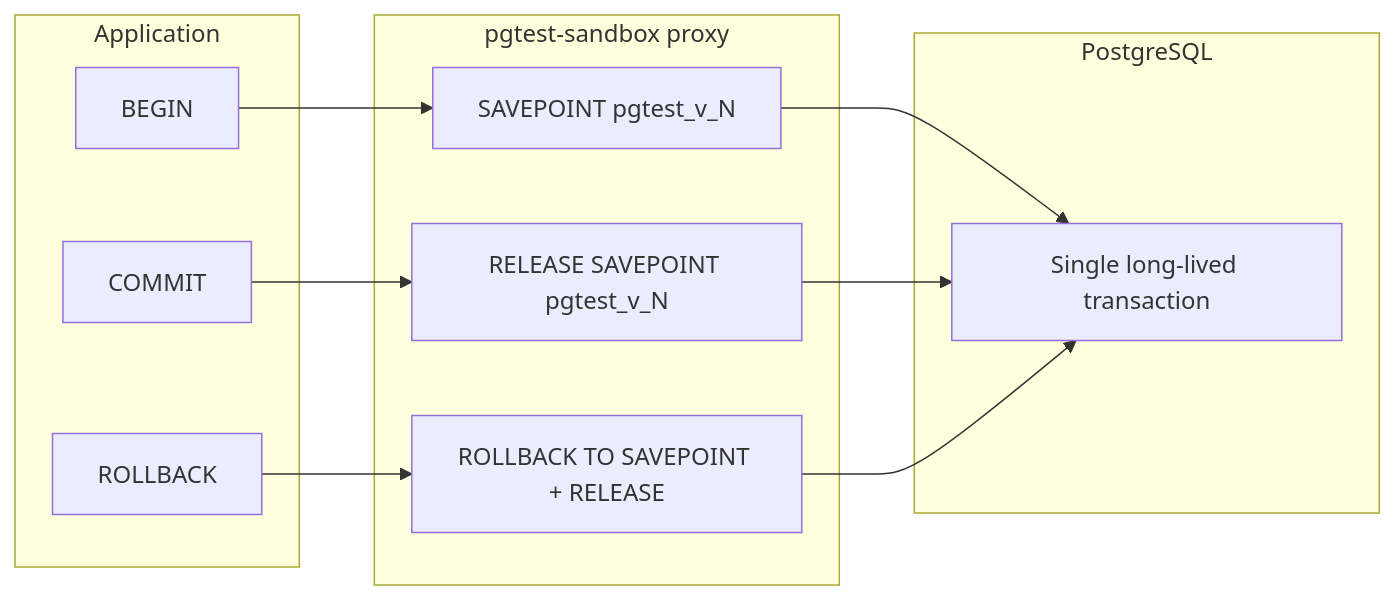
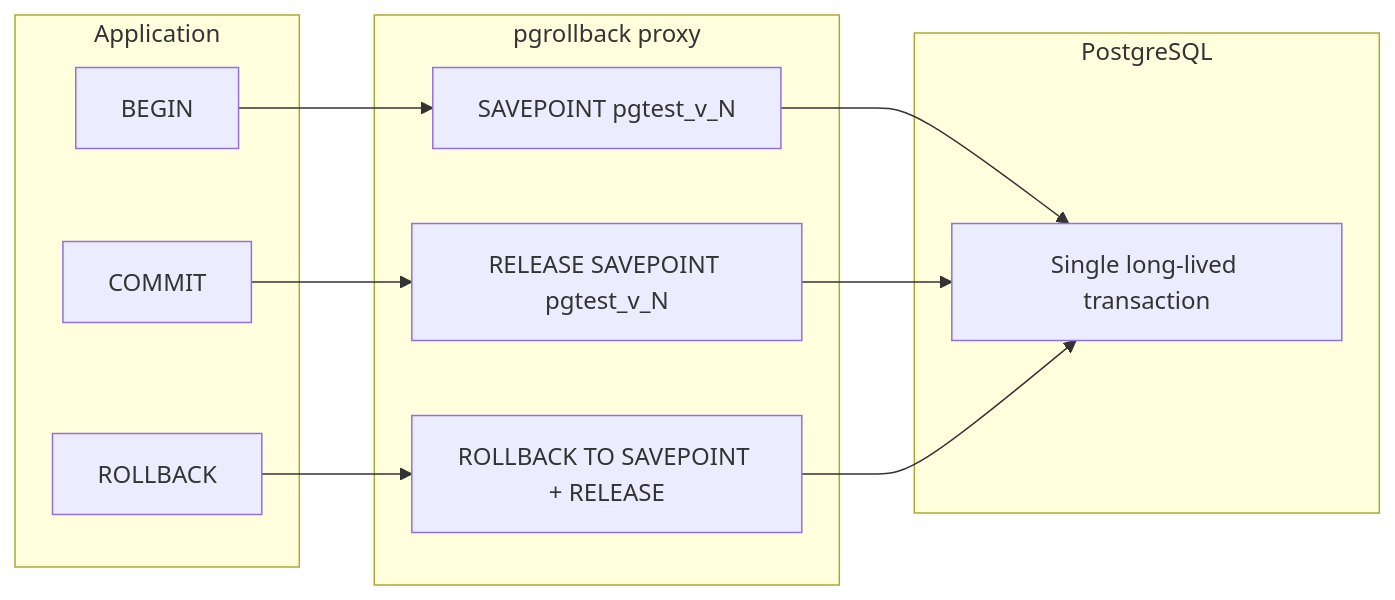
The diagram in README.md (asfixia/pgrollback), drawn with Mermaid before and after one commit. The commit also changed other lines of this file and 33 other files, not shown here.

````diff
--- a/README.md
+++ b/README.md
@@ -183,22 +340,22 @@
 ```mermaid
 flowchart LR
   subgraph app [Application]
     A[BEGIN]
     B[COMMIT]
     C[ROLLBACK]
   end
-  subgraph proxy [pgtest-sandbox proxy]
+  subgraph proxy [pgrollback proxy]
     A2[SAVEPOINT pgtest_v_N]
     B2[RELEASE SAVEPOINT pgtest_v_N]
     C2[ROLLBACK TO SAVEPOINT + RELEASE]
   end
   subgraph db [PostgreSQL]
     TX[Single long-lived transaction]
   end
   A --> A2
   B --> B2
   C --> C2
   A2 --> TX
   B2 --> TX
   C2 --> TX
 ```
````
